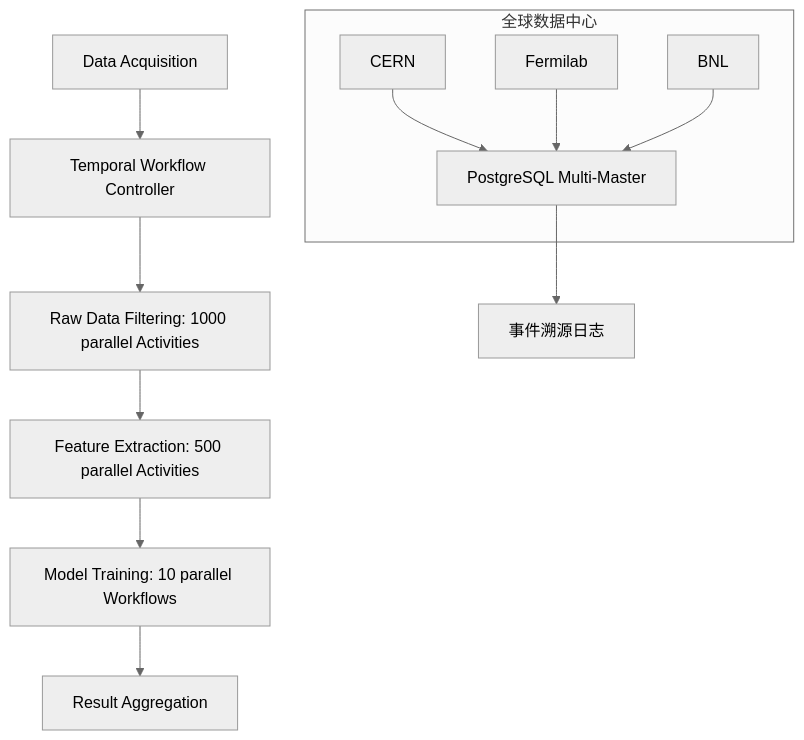
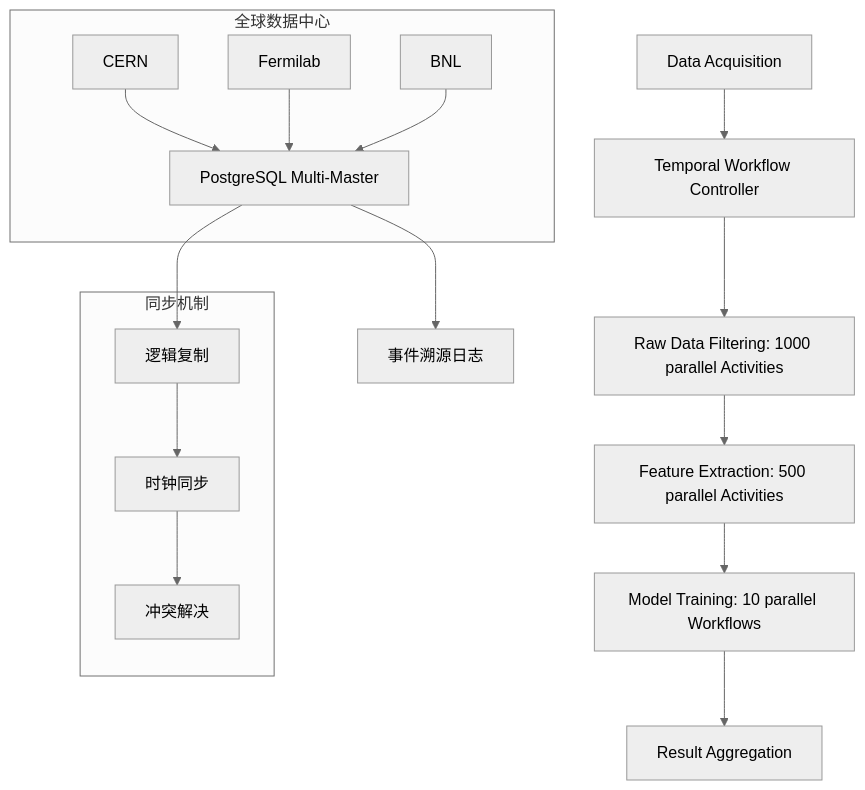
The third of 3 diagrams in docs/04-practice-cases/企业实践案例.md (AdaMartin18010/DistributedComputing-WorkFlow), drawn with Mermaid (neutral theme) before and after one commit. The commit also changed other lines of this file and 33 other files, not shown here.

````diff
--- a/docs/04-practice-cases/企业实践案例.md
+++ b/docs/04-practice-cases/企业实践案例.md
@@ -243,16 +855,26 @@
 ```mermaid
 graph TD
     A[Data Acquisition] --> B[Temporal Workflow Controller]
     B --> C[Raw Data Filtering: 1000 parallel Activities]
     C --> D[Feature Extraction: 500 parallel Activities]
     D --> E[Model Training: 10 parallel Workflows]
     E --> F[Result Aggregation]
 
     subgraph "全球数据中心"
         G[CERN] --> H[PostgreSQL Multi-Master]
         I[Fermilab] --> H
         J[BNL] --> H
     end
 
     H --> K[事件溯源日志]
+
+    subgraph "同步机制"
+        L[逻辑复制]
+        M[时钟同步]
+        N[冲突解决]
+    end
+
+    H --> L
+    L --> M
+    M --> N
 ```
````
